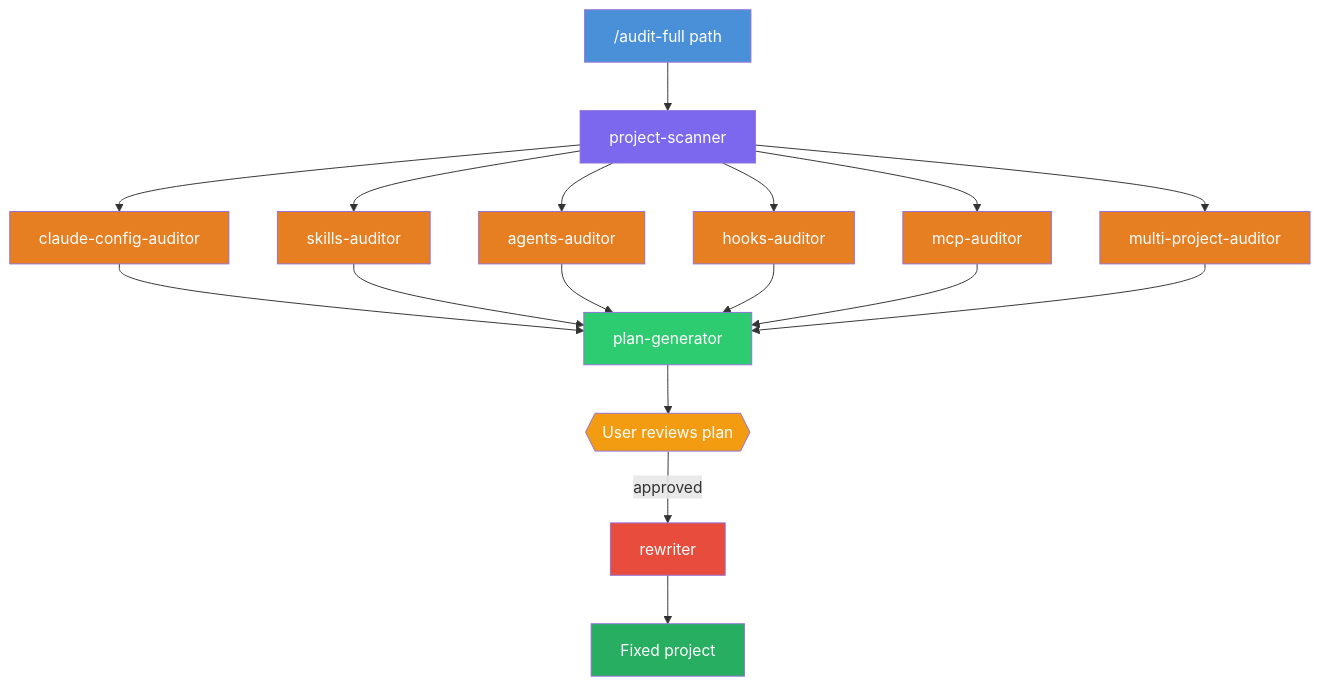
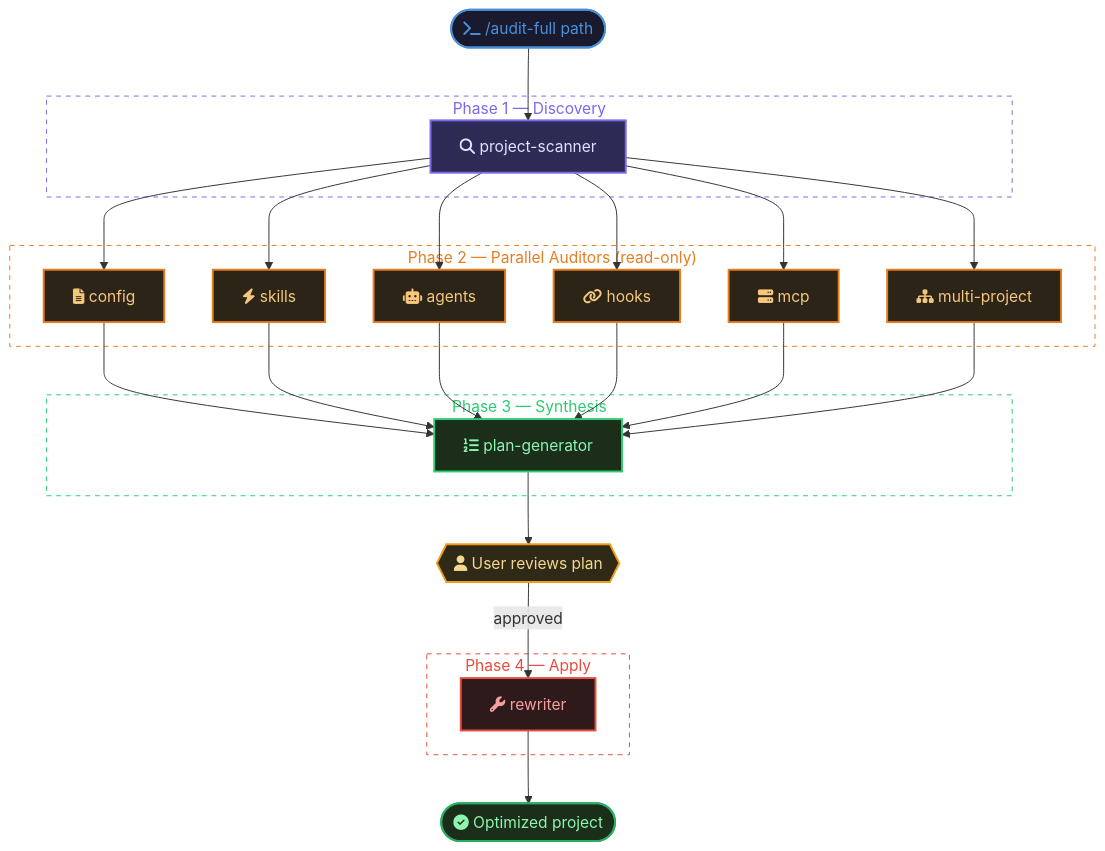
One commit to damianwajser/claude-doctor changed the first of 3 diagrams in README.md. Above: the diagram before and after it, drawn with Mermaid. The commit also changed other lines of this file, not shown here.

First line of the commit message:
Upgrade Mermaid diagrams with subgraphs, icons, and dark theme

````diff
--- a/README.md
+++ b/README.md
@@ -65,35 +65,47 @@
 ```mermaid
-graph TD
-    USER["/audit-full path"] --> SCANNER["project-scanner"]
+flowchart TD
+    USER(["fa:fa-terminal /audit-full path"]):::cmd --> SCANNER
 
-    SCANNER --> CONFIG["claude-config-auditor"]
-    SCANNER --> SKILLS["skills-auditor"]
-    SCANNER --> AGENTS["agents-auditor"]
-    SCANNER --> HOOKS["hooks-auditor"]
-    SCANNER --> MCP["mcp-auditor"]
-    SCANNER --> MULTI["multi-project-auditor"]
+    subgraph SCAN ["Phase 1 — Discovery"]
+        SCANNER["fa:fa-search project-scanner"]:::scanner
+    end
 
-    CONFIG --> PLAN["plan-generator"]
-    SKILLS --> PLAN
-    AGENTS --> PLAN
-    HOOKS --> PLAN
-    MCP --> PLAN
-    MULTI --> PLAN
+    SCANNER --> CONFIG & SKILLS & AGENTS & HOOKS & MCP & MULTI
 
-    PLAN --> REVIEW{{"User reviews plan"}}
-    REVIEW -->|approved| REWRITER["rewriter"]
-    REWRITER --> DONE["Fixed project"]
+    subgraph AUDIT ["Phase 2 — Parallel Auditors (read-only)"]
+        CONFIG["fa:fa-file-alt config"]:::auditor
+        SKILLS["fa:fa-bolt skills"]:::auditor
+        AGENTS["fa:fa-robot agents"]:::auditor
+        HOOKS["fa:fa-link hooks"]:::auditor
+        MCP["fa:fa-server mcp"]:::auditor
+        MULTI["fa:fa-sitemap multi-project"]:::auditor
+    end
 
-    style USER fill:#4A90D9,color:#fff
-    style SCANNER fill:#7B68EE,color:#fff
-    style CONFIG fill:#E67E22,color:#fff
-    style SKILLS fill:#E67E22,color:#fff
-    style AGENTS fill:#E67E22,color:#fff
-    style HOOKS fill:#E67E22,color:#fff
-    style MCP fill:#E67E22,color:#fff
-    style MULTI fill:#E67E22,color:#fff
-    style PLAN fill:#2ECC71,color:#fff
-    style REVIEW fill:#F39C12,color:#fff
-    style REWRITER fill:#E74C3C,color:#fff
-    style DONE fill:#27AE60,color:#fff
+    CONFIG & SKILLS & AGENTS & HOOKS & MCP & MULTI --> PLAN
+
+    subgraph SYNTH ["Phase 3 — Synthesis"]
+        PLAN["fa:fa-list-ol plan-generator"]:::plan
+    end
+
+    PLAN --> REVIEW{{"fa:fa-user User reviews plan"}}:::review
+    REVIEW -- "approved" --> REWRITER
+
+    subgraph APPLY ["Phase 4 — Apply"]
+        REWRITER["fa:fa-wrench rewriter"]:::writer
+    end
+
+    REWRITER --> DONE(["fa:fa-check-circle Optimized project"]):::done
+
+    classDef cmd fill:#1a1a2e,stroke:#4A90D9,stroke-width:2px,color:#4A90D9
+    classDef scanner fill:#2d2b55,stroke:#7B68EE,stroke-width:2px,color:#e0e0ff
+    classDef auditor fill:#2c2417,stroke:#E67E22,stroke-width:2px,color:#f5c77e
+    classDef plan fill:#1a2e1a,stroke:#2ECC71,stroke-width:2px,color:#8ef5b0
+    classDef review fill:#2e2a17,stroke:#F39C12,stroke-width:2px,color:#f5d78e
+    classDef writer fill:#2e1a1a,stroke:#E74C3C,stroke-width:2px,color:#f5a0a0
+    classDef done fill:#1a2e1a,stroke:#27AE60,stroke-width:2px,color:#8ef5b0
+
+    style SCAN fill:none,stroke:#7B68EE,stroke-width:1px,stroke-dasharray:5 5,color:#7B68EE
+    style AUDIT fill:none,stroke:#E67E22,stroke-width:1px,stroke-dasharray:5 5,color:#E67E22
+    style SYNTH fill:none,stroke:#2ECC71,stroke-width:1px,stroke-dasharray:5 5,color:#2ECC71
+    style APPLY fill:none,stroke:#E74C3C,stroke-width:1px,stroke-dasharray:5 5,color:#E74C3C
 ```
````
